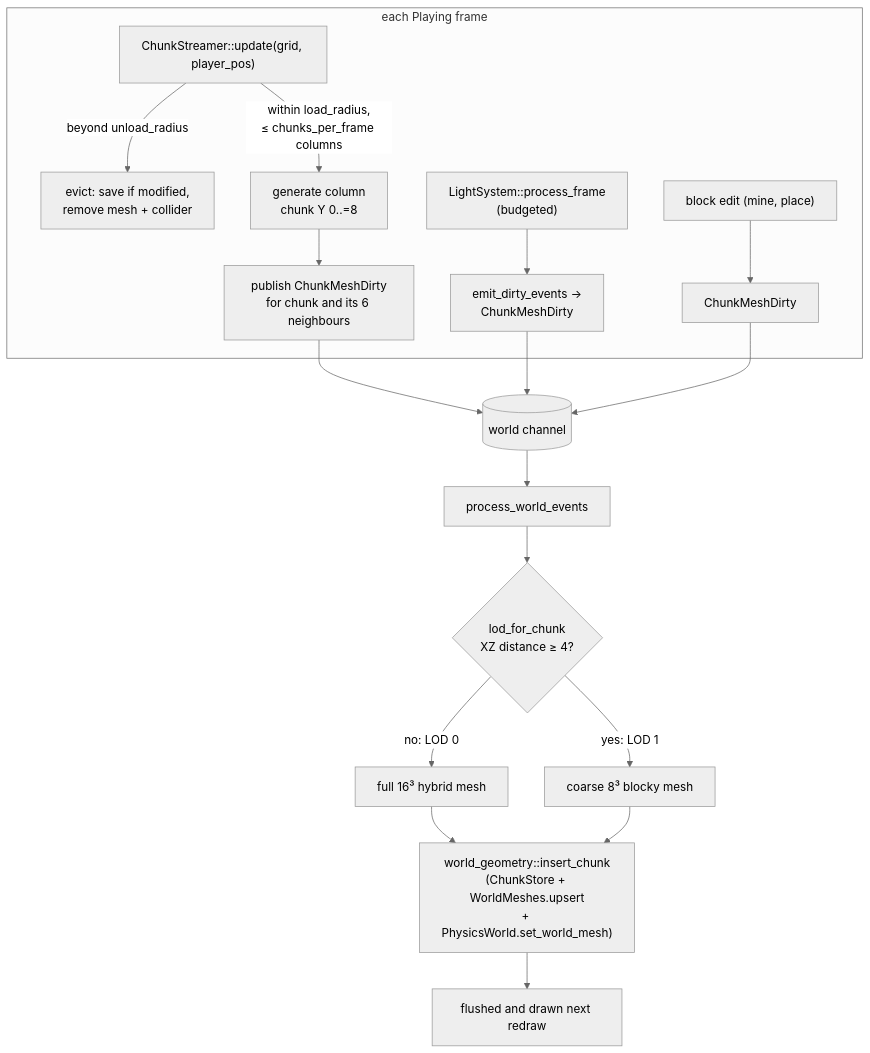
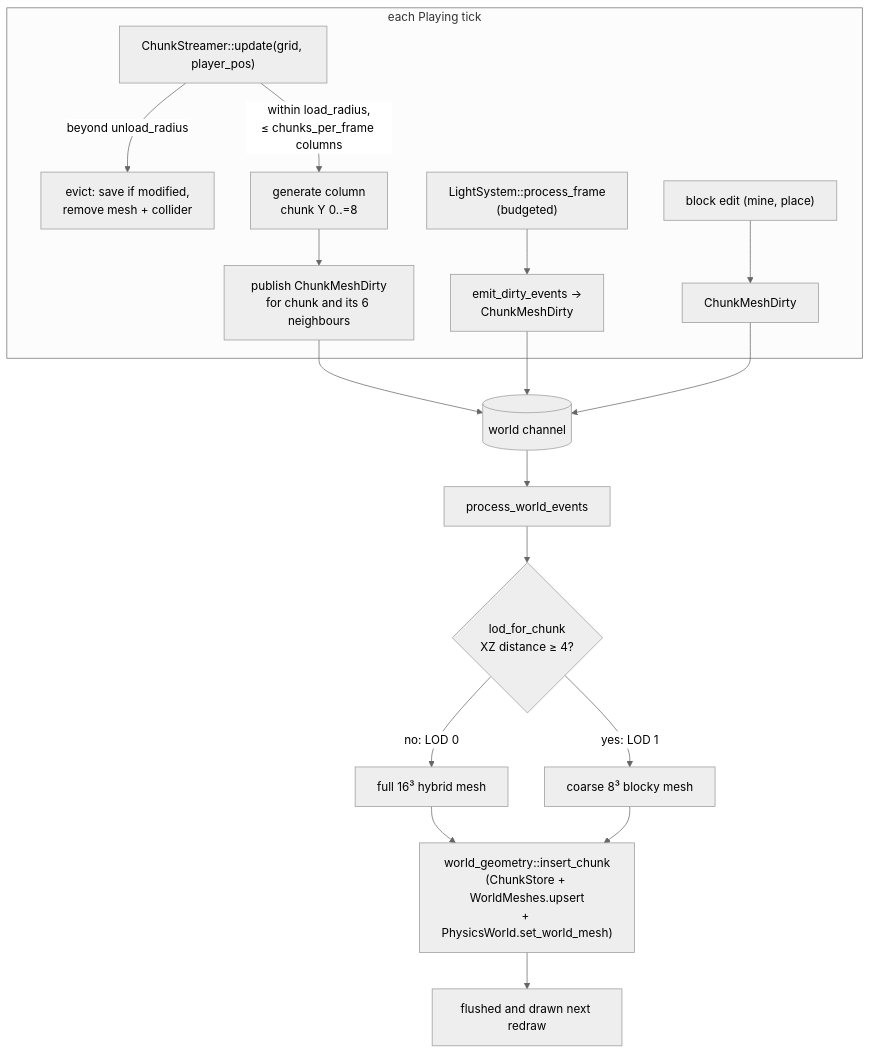
The diagram in wiki/architecture/world-streaming.md (WrackedFella/moho), drawn with Mermaid (neutral theme) before and after one commit. The commit also changed 147 other files, not shown here.

````diff
--- a/wiki/architecture/world-streaming.md
+++ b/wiki/architecture/world-streaming.md
@@ -10,18 +10,18 @@
 ```mermaid
 flowchart TD
-    subgraph frame["each Playing frame"]
+    subgraph frame["each Playing tick"]
         S["ChunkStreamer::update(grid, player_pos)"]
         S -->|"beyond unload_radius"| EV["evict: save if modified,<br/>remove mesh + collider"]
         S -->|"within load_radius,<br/>≤ chunks_per_frame columns"| LD["generate column<br/>chunk Y 0..=8"]
         LD --> D1["publish ChunkMeshDirty<br/>for chunk and its 6 neighbours"]
         LS["LightSystem::process_frame<br/>(budgeted)"] --> D2["emit_dirty_events →<br/>ChunkMeshDirty"]
         EDIT["block edit (mine, place)"] --> D3["ChunkMeshDirty"]
     end
     D1 & D2 & D3 --> CH[("world channel")]
     CH --> PW["process_world_events"]
     PW --> LOD{"lod_for_chunk<br/>XZ distance ≥ 4?"}
     LOD -- "no: LOD 0" --> M0["full 16³ hybrid mesh"]
     LOD -- "yes: LOD 1" --> M1["coarse 8³ blocky mesh"]
     M0 & M1 --> OUT["world_geometry::insert_chunk<br/>(ChunkStore + WorldMeshes.upsert<br/>+ PhysicsWorld.set_world_mesh)"]
     OUT --> R["flushed and drawn next redraw"]
 ```
````
